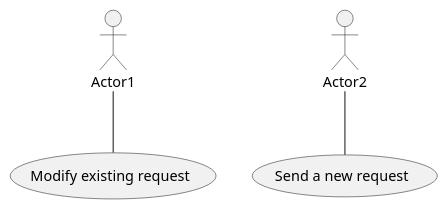
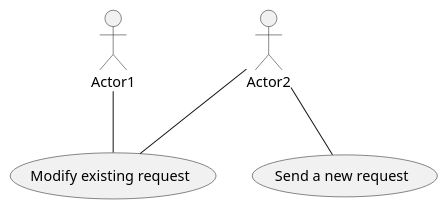
The diagram in docs/20-Requirement-management/templates/template-usecase.md (ninaleo/ransut-core), drawn with PlantUML before and after one commit.

````diff
--- a/docs/20-Requirement-management/templates/template-usecase.md
+++ b/docs/20-Requirement-management/templates/template-usecase.md
@@ -8,4 +8,5 @@
 ```plantuml
 Actor1 -- (Modify existing request)
+Actor2 -- (Modify existing request)
 Actor2 -- (Send a new request)
 ```
````
